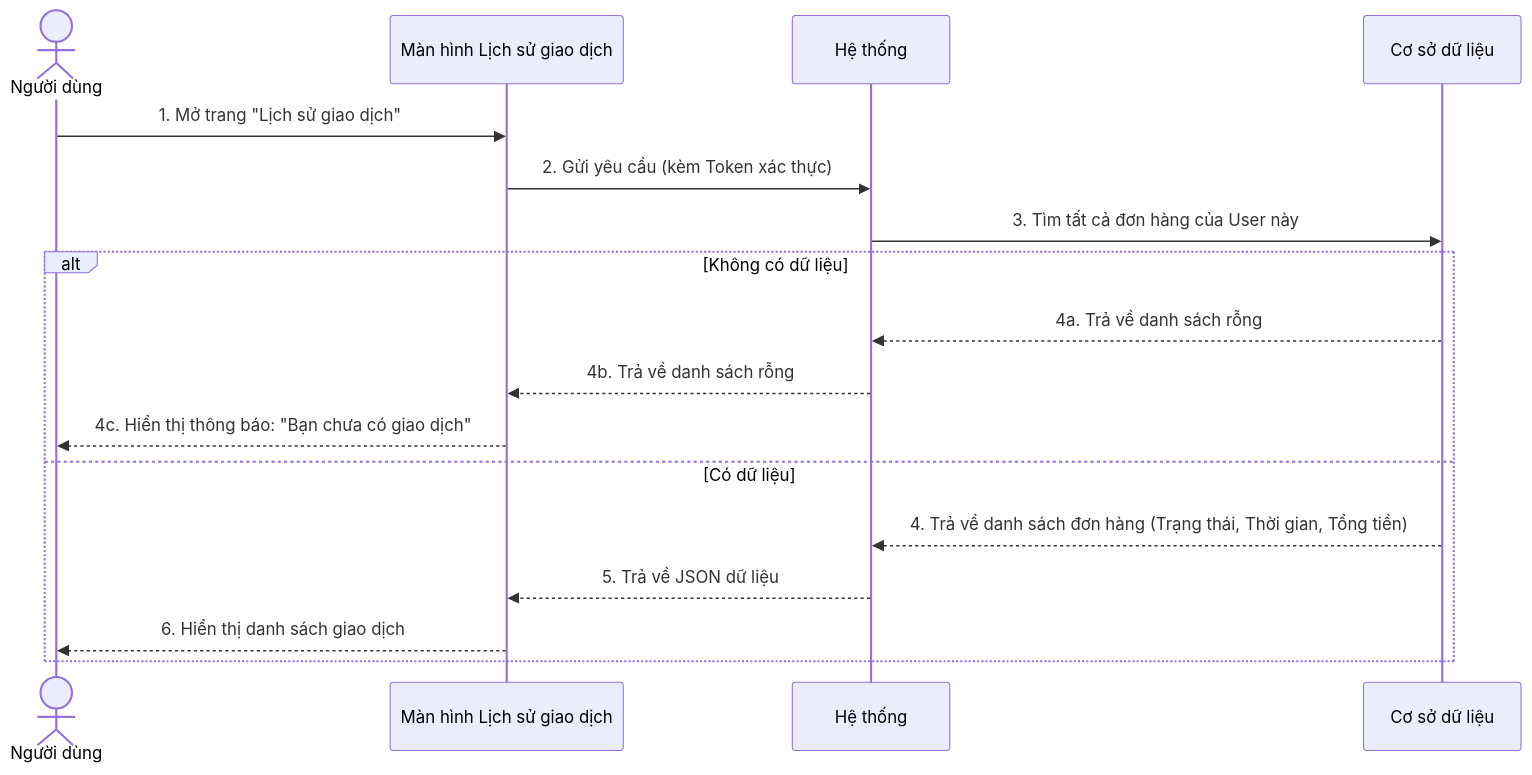
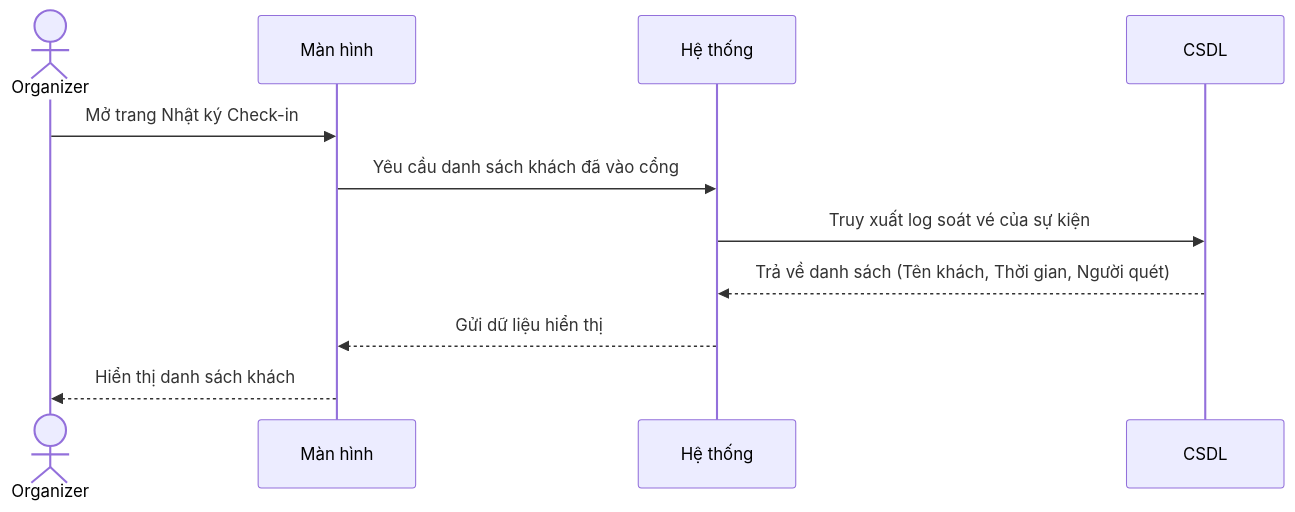
One commit to ChuDucAnh21/BE-quan-ly-su-kien changed the seventh of 7 diagrams in doc/system_analysis/sequence diagram/05d_sequence_payment_ticket_checkin.md. Above: the diagram before and after it, drawn with Mermaid. The commit also changed other lines of this file and 14 other files, not shown here.

````diff
--- a/doc/system_analysis/sequence diagram/05d_sequence_payment_ticket_checkin.md
+++ b/doc/system_analysis/sequence diagram/05d_sequence_payment_ticket_checkin.md
@@ -388,20 +163,14 @@
 ```mermaid
 sequenceDiagram
-    actor User as Người dùng
-    participant UI as Màn hình Lịch sử giao dịch
-    participant HT as Hệ thống
-    participant DB as Cơ sở dữ liệu
+    actor Organizer
+    participant Màn hình
+    participant Hệ thống
+    participant CSDL
 
-    User->>UI: 1. Mở trang "Lịch sử giao dịch"
-    UI->>HT: 2. Gửi yêu cầu (kèm Token xác thực)
-    HT->>DB: 3. Tìm tất cả đơn hàng của User này
-    alt Không có dữ liệu
-        DB-->>HT: 4a. Trả về danh sách rỗng
-        HT-->>UI: 4b. Trả về danh sách rỗng
-        UI-->>User: 4c. Hiển thị thông báo: "Bạn chưa có giao dịch"
-    else Có dữ liệu
-        DB-->>HT: 4. Trả về danh sách đơn hàng (Trạng thái, Thời gian, Tổng tiền)
-        HT-->>UI: 5. Trả về JSON dữ liệu
-        UI-->>User: 6. Hiển thị danh sách giao dịch
-    end
+    Organizer->>Màn hình: Mở trang Nhật ký Check-in
+    Màn hình->>Hệ thống: Yêu cầu danh sách khách đã vào cổng
+    Hệ thống->>CSDL: Truy xuất log soát vé của sự kiện
+    CSDL-->>Hệ thống: Trả về danh sách (Tên khách, Thời gian, Người quét)
+    Hệ thống-->>Màn hình: Gửi dữ liệu hiển thị
+    Màn hình-->>Organizer: Hiển thị danh sách khách
 ```
````
